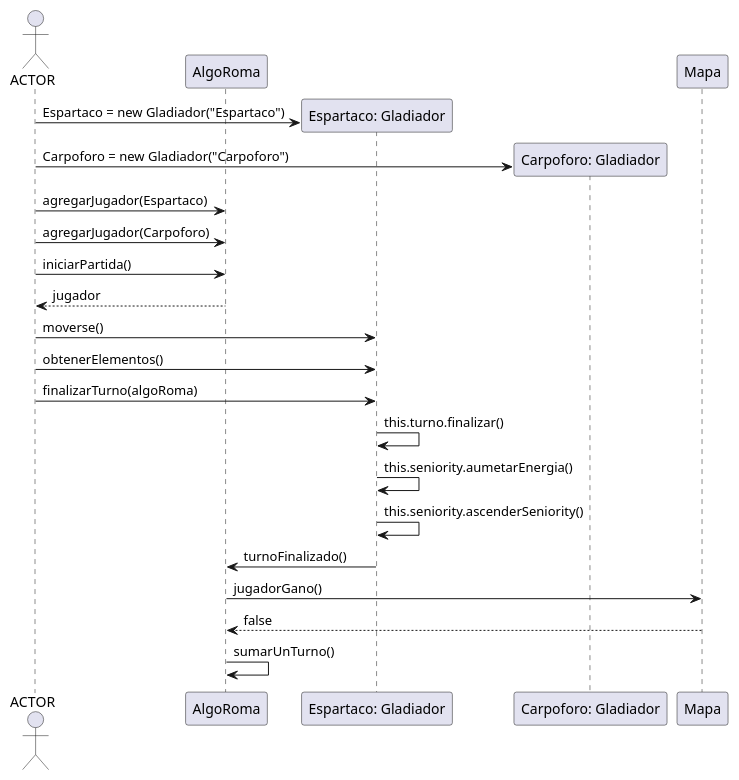
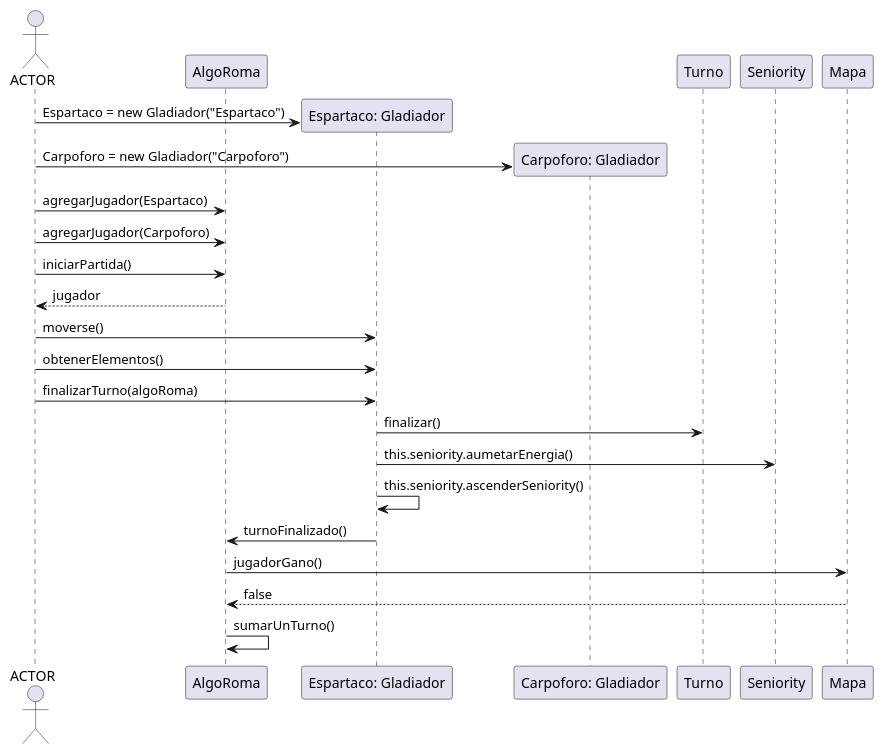
One commit to CrissRMFI/TP2-AlgoIII changed the diagram in diagrams/sequences/004JugadorFinalizaTurno.puml. Above: the diagram before and after it, drawn with PlantUML. The commit also changed 20 other files, not shown here.

Commit message:
Cambios en diagrmas de clase y diagramas de secuencia.

```diff
--- a/diagrams/sequences/004JugadorFinalizaTurno.puml
+++ b/diagrams/sequences/004JugadorFinalizaTurno.puml
@@ -1,35 +1,35 @@
 @startuml
 
 actor ACTOR
 participant AlgoRoma
 participant Jugador1 as "Espartaco: Gladiador"
 participant Jugador2 as "Carpoforo: Gladiador"
 
 create Jugador1
 ACTOR -> Jugador1: Espartaco = new Gladiador("Espartaco")
 create Jugador2
 ACTOR -> Jugador2: Carpoforo = new Gladiador("Carpoforo")
 
 
 ACTOR -> AlgoRoma: agregarJugador(Espartaco)
 ACTOR -> AlgoRoma: agregarJugador(Carpoforo)
 
 
 ACTOR -> AlgoRoma: iniciarPartida()
 AlgoRoma --> ACTOR: jugador
 
 ACTOR -> Jugador1: moverse()
 
 ACTOR -> Jugador1: obtenerElementos()
 
 ACTOR -> Jugador1: finalizarTurno(algoRoma)
 
-Jugador1 -> Jugador1: this.turno.finalizar()
-Jugador1 -> Jugador1: this.seniority.aumetarEnergia()
+Jugador1 -> Turno: finalizar()
+Jugador1 -> Seniority: this.seniority.aumetarEnergia()
 Jugador1 -> Jugador1: this.seniority.ascenderSeniority()
 Jugador1 -> AlgoRoma: turnoFinalizado()
 AlgoRoma -> Mapa: jugadorGano()
 Mapa --> AlgoRoma: false
 AlgoRoma -> AlgoRoma: sumarUnTurno()
 
 @enduml
```
